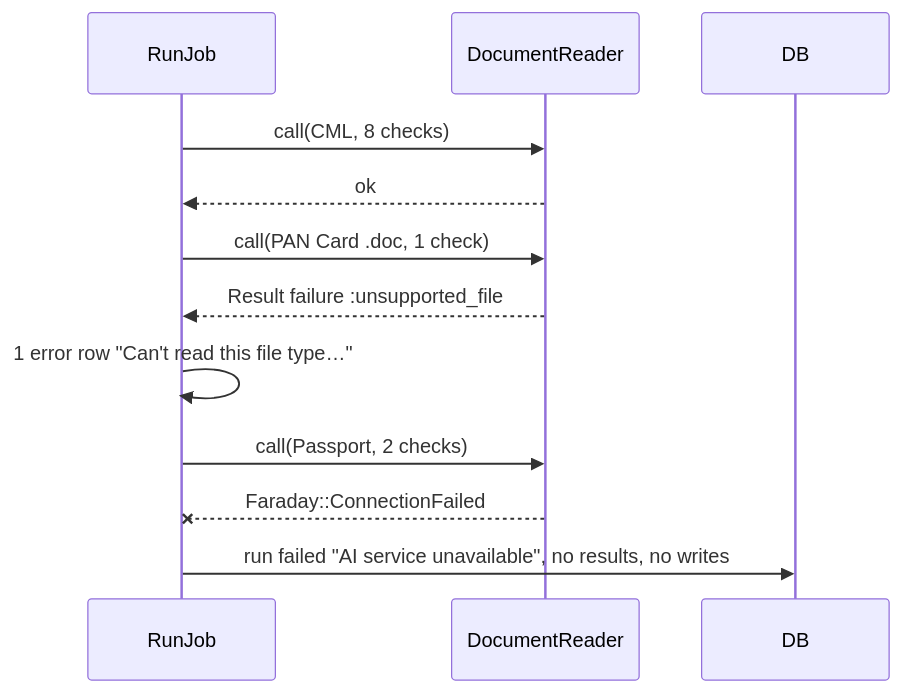
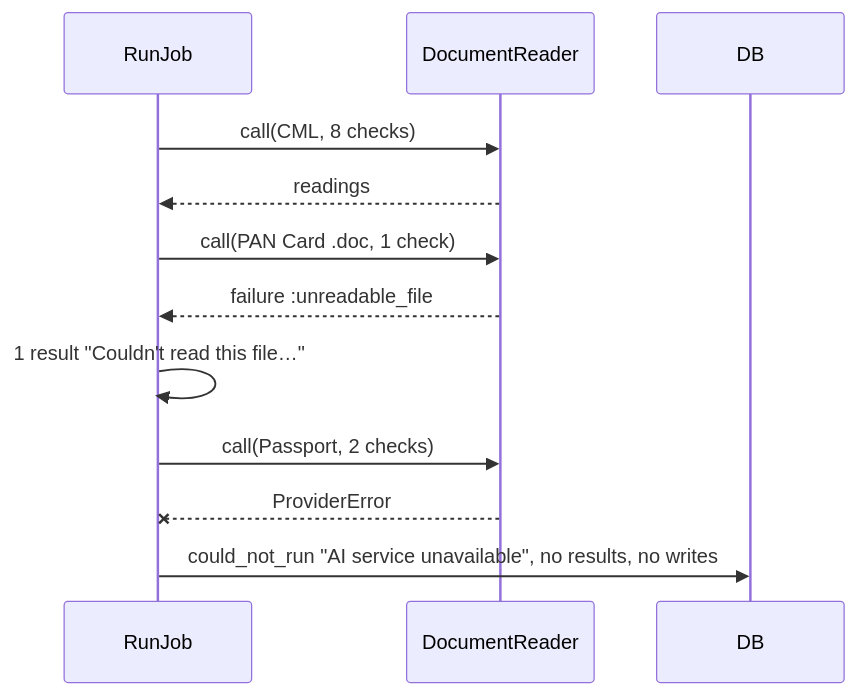
Before and after one commit to sampadadiwan/IRM_CompanyMain: the eighth of 12 diagrams in openspec/changes/document-checks/design.md, drawn with Mermaid. The commit also changed other lines of this file and 85 other files, not shown here.

````diff
--- a/openspec/changes/document-checks/design.md
+++ b/openspec/changes/document-checks/design.md
@@ -555,14 +577,14 @@
 ```mermaid
 sequenceDiagram
     participant Job as RunJob
     participant Rd as DocumentReader
     participant DB as DB
     Job->>Rd: call(CML, 8 checks)
-    Rd-->>Job: ok
+    Rd-->>Job: readings
     Job->>Rd: call(PAN Card .doc, 1 check)
-    Rd-->>Job: Result failure :unsupported_file
-    Job->>Job: 1 error row "Can't read this file type…"
+    Rd-->>Job: failure :unreadable_file
+    Job->>Job: 1 result "Couldn't read this file…"
     Job->>Rd: call(Passport, 2 checks)
-    Rd--xJob: Faraday::ConnectionFailed
-    Job->>DB: run failed "AI service unavailable", no results, no writes
+    Rd--xJob: ProviderError
+    Job->>DB: could_not_run "AI service unavailable", no results, no writes
 ```
````
